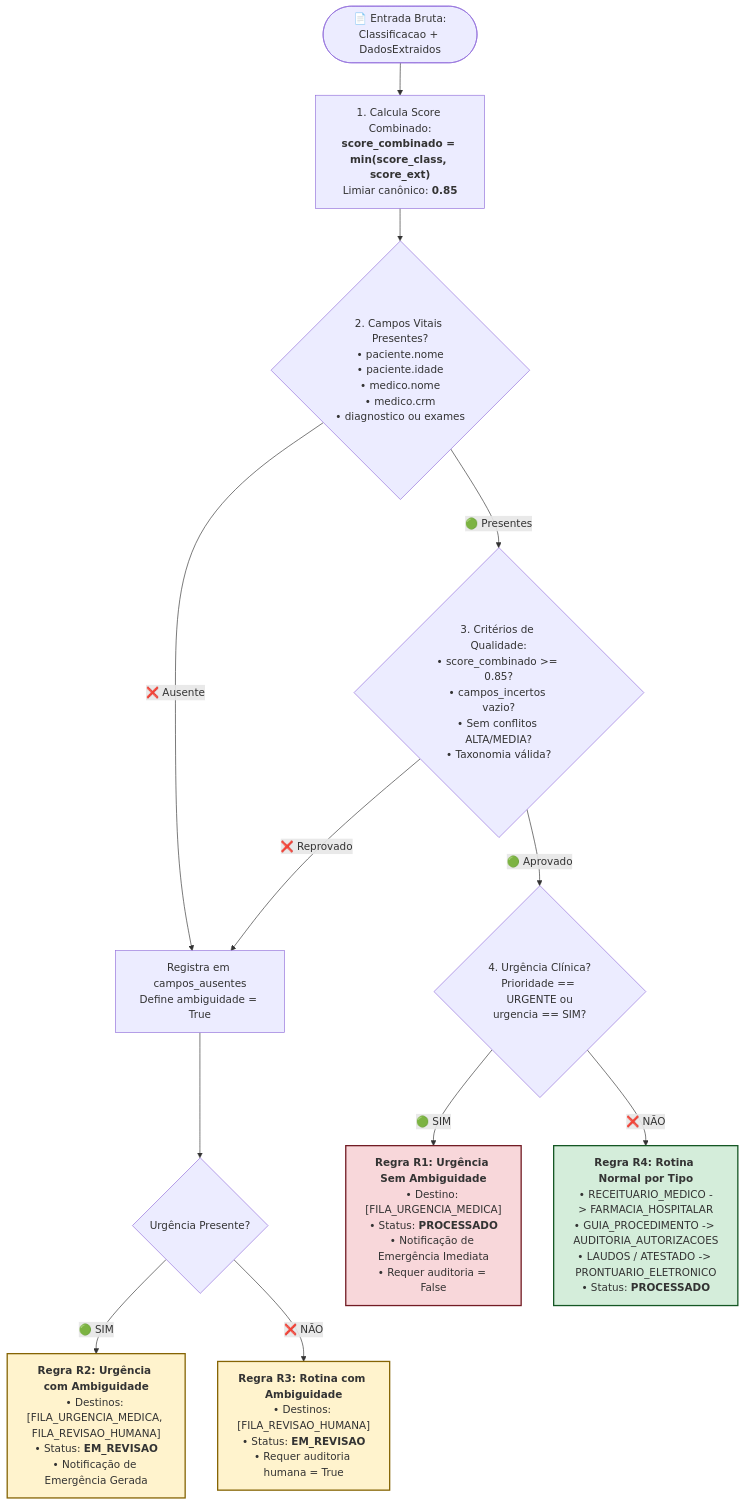
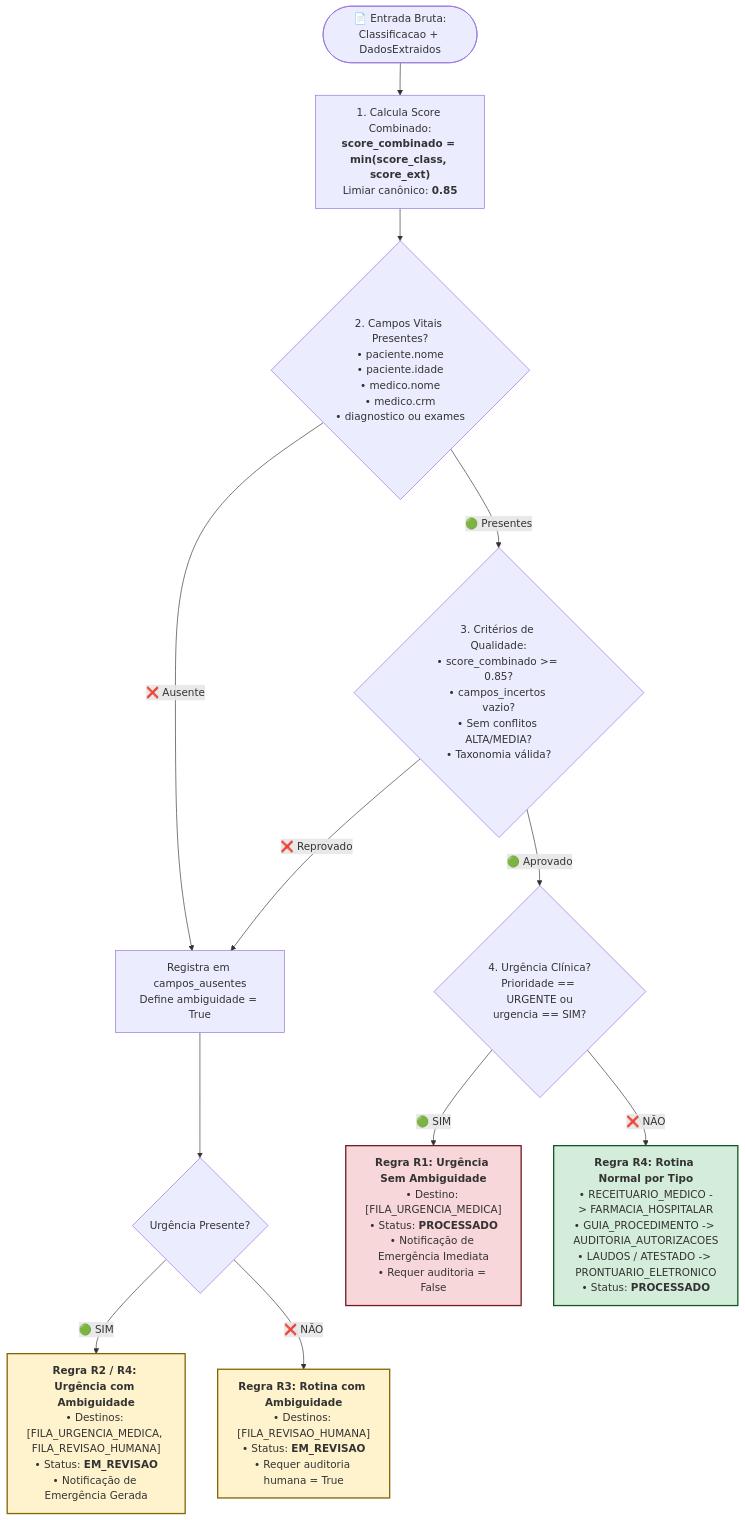
One commit to No-Country-simulation/g10-brasil-equipe-15_mediflow changed the fourth of 5 diagrams in docs/testes/VISUAL_SCHEMAS.md. Above: the diagram before and after it, drawn with Mermaid. The commit also changed other lines of this file and 2 other files, not shown here.

Commit message:
docs(arquitetura): sincroniza diagramas mermaid, maquina de estados e regras r1 a r8

````diff
--- a/docs/testes/VISUAL_SCHEMAS.md
+++ b/docs/testes/VISUAL_SCHEMAS.md
@@ -198,29 +240,29 @@
 ```mermaid
 flowchart TD
     START(["📄 Entrada Bruta:<br/>Classificacao + DadosExtraidos"]) --> CALC["1. Calcula Score Combinado:<br/><b>score_combinado = min(score_class, score_ext)</b><br/>Limiar canônico: <b>0.85</b>"]
 
     CALC --> VITAL{"2. Campos Vitais Presentes?<br/>• paciente.nome<br/>• paciente.idade<br/>• medico.nome<br/>• medico.crm<br/>• diagnostico ou exames"}
 
     VITAL -- ❌ Ausente --> SET_AMB["Registra em campos_ausentes<br/>Define ambiguidade = True"]
     VITAL -- 🟢 Presentes --> QUAL_CHECK{"3. Critérios de Qualidade:<br/>• score_combinado >= 0.85?<br/>• campos_incertos vazio?<br/>• Sem conflitos ALTA/MEDIA?<br/>• Taxonomia válida?"}
 
     QUAL_CHECK -- ❌ Reprovado --> SET_AMB
     QUAL_CHECK -- 🟢 Aprovado --> URG_CHECK{"4. Urgência Clínica?<br/>Prioridade == URGENTE ou<br/>urgencia == SIM?"}
 
     %% Caminho de Ambiguidade
     SET_AMB --> AMB_URG{"Urgência Presente?"}
     
-    AMB_URG -- 🟢 SIM --> R2["<b>Regra R2: Urgência com Ambiguidade</b><br/>• Destinos: [FILA_URGENCIA_MEDICA, FILA_REVISAO_HUMANA]<br/>• Status: <b>EM_REVISAO</b><br/>• Notificação de Emergência Gerada"]
+    AMB_URG -- 🟢 SIM --> R2["<b>Regra R2 / R4: Urgência com Ambiguidade</b><br/>• Destinos: [FILA_URGENCIA_MEDICA, FILA_REVISAO_HUMANA]<br/>• Status: <b>EM_REVISAO</b><br/>• Notificação de Emergência Gerada"]
     
     AMB_URG -- ❌ NÃO --> R3["<b>Regra R3: Rotina com Ambiguidade</b><br/>• Destinos: [FILA_REVISAO_HUMANA]<br/>• Status: <b>EM_REVISAO</b><br/>• Requer auditoria humana = True"]
 
     %% Caminho Seguro
     URG_CHECK -- 🟢 SIM --> R1["<b>Regra R1: Urgência Sem Ambiguidade</b><br/>• Destino: [FILA_URGENCIA_MEDICA]<br/>• Status: <b>PROCESSADO</b><br/>• Notificação de Emergência Imediata<br/>• Requer auditoria = False"]
 
     URG_CHECK -- ❌ NÃO --> R4["<b>Regra R4: Rotina Normal por Tipo</b><br/>• RECEITUARIO_MEDICO -> FARMACIA_HOSPITALAR<br/>• GUIA_PROCEDIMENTO -> AUDITORIA_AUTORIZACOES<br/>• LAUDOS / ATESTADO -> PRONTUARIO_ELETRONICO<br/>• Status: <b>PROCESSADO</b>"]
 
     style R1 fill:#F8D7DA,stroke:#721C24,stroke-width:2px
     style R2 fill:#FFF3CD,stroke:#856404,stroke-width:2px
     style R3 fill:#FFF3CD,stroke:#856404,stroke-width:2px
     style R4 fill:#D4EDDA,stroke:#155724,stroke-width:2px
 ```
````
